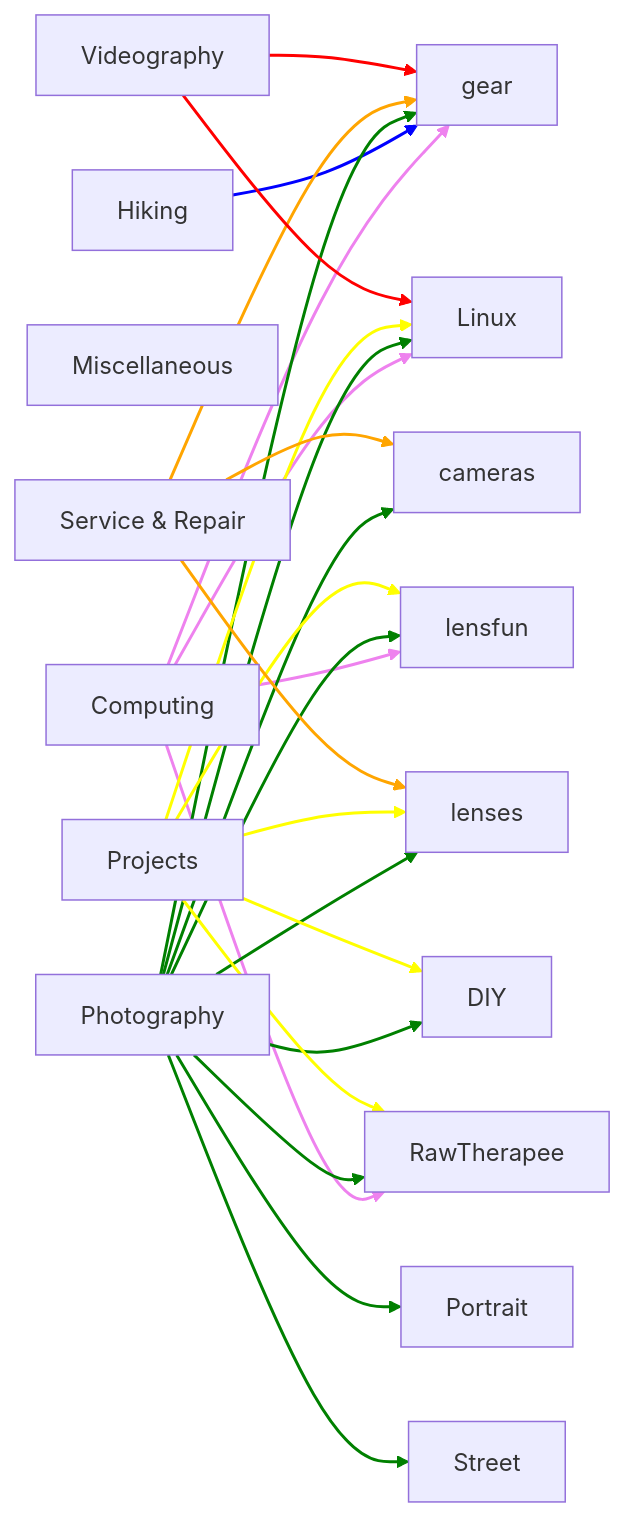
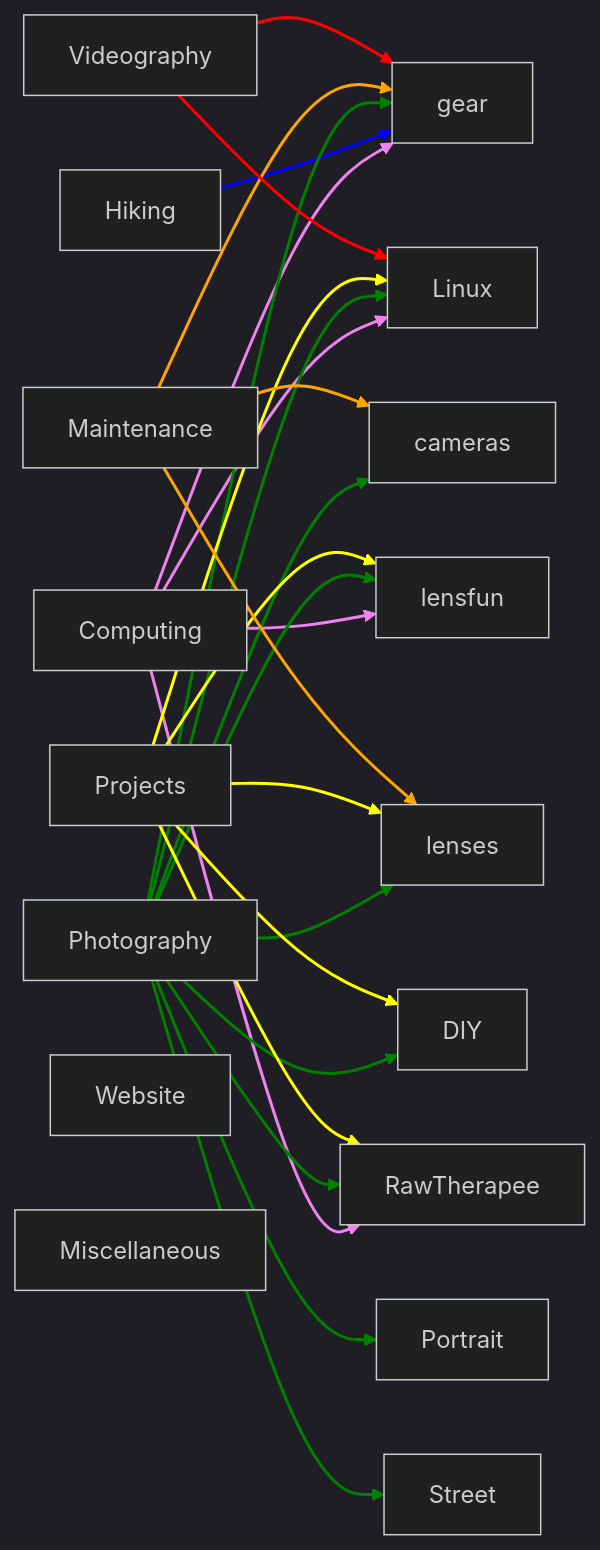
The first of 2 diagrams in post-tree.md (martbetz/martbetz.github.io), drawn with Mermaid before and after one commit. The commit also changed other lines of this file, not shown here.

````diff
--- a/post-tree.md
+++ b/post-tree.md
@@ -7,61 +7,65 @@
 ```mermaid
+
+%%{init: {'theme':'dark'}}%%
 
     graph LR
    
     A["Computing"] --> 4["gear"]
     A["Computing"] --> 5["lensfun"]
     A["Computing"] --> 6["Linux"]
     A["Computing"] --> 9["RawTherapee"]
     
     B["Hiking"] --> 4["gear"]
-    
-    C["Miscellaneous"]
     
     D["Photography"] --> 1["cameras"]
     D["Photography"] --> 2["DIY"]
     D["Photography"] --> 3["lenses"]
     D["Photography"] --> 4["gear"]
     D["Photography"] --> 5["lensfun"]
     D["Photography"] --> 6["Linux"]
     D["Photography"] --> 7["Portrait"]
     D["Photography"] --> 8["Street"]
     D["Photography"] --> 9["RawTherapee"]
     
     E["Projects"] --> 2["DIY"]
     E["Projects"] --> 3["lenses"]
     E["Projects"] --> 5["lensfun"]
     E["Projects"] --> 6["Linux"]
     E["Projects"] --> 9["RawTherapee"]
     
-    F["Service & Repair"] --> 1["cameras"]
-    F["Service & Repair"] --> 3["lenses"]
-    F["Service & Repair"] --> 4["gear"]
+    F["Maintenance"] --> 1["cameras"]
+    F["Maintenance"] --> 3["lenses"]
+    F["Maintenance"] --> 4["gear"]
     
     G["Videography"] --> 4["gear"]
     G["Videography"] --> 6["Linux"]
+    
+    H["Website"]
+    C["Miscellaneous"]
     
     linkStyle 0 stroke-width:2px,fill:none,stroke:violet;
     linkStyle 1 stroke-width:2px,fill:none,stroke:violet;
     linkStyle 2 stroke-width:2px,fill:none,stroke:violet;
     linkStyle 3 stroke-width:2px,fill:none,stroke:violet;
     linkStyle 4 stroke-width:2px,fill:none,stroke:blue;
     linkStyle 5 stroke-width:2px,fill:none,stroke:green;
     linkStyle 6 stroke-width:2px,fill:none,stroke:green;
     linkStyle 7 stroke-width:2px,fill:none,stroke:green;
     linkStyle 8 stroke-width:2px,fill:none,stroke:green;
     linkStyle 9 stroke-width:2px,fill:none,stroke:green;
     linkStyle 10 stroke-width:2px,fill:none,stroke:green;
     linkStyle 11 stroke-width:2px,fill:none,stroke:green;
     linkStyle 12 stroke-width:2px,fill:none,stroke:green;
     linkStyle 13 stroke-width:2px,fill:none,stroke:green;
     linkStyle 14 stroke-width:2px,fill:none,stroke:yellow;
     linkStyle 15 stroke-width:2px,fill:none,stroke:yellow;
     linkStyle 16 stroke-width:2px,fill:none,stroke:yellow;
     linkStyle 17 stroke-width:2px,fill:none,stroke:yellow;
     linkStyle 18 stroke-width:2px,fill:none,stroke:yellow;
     linkStyle 19 stroke-width:2px,fill:none,stroke:orange;
     linkStyle 20 stroke-width:2px,fill:none,stroke:orange;
     linkStyle 21 stroke-width:2px,fill:none,stroke:orange;
     linkStyle 22 stroke-width:2px,fill:none,stroke:red;
-    linkStyle 23 stroke-width:2px,fill:none,stroke:red; 
+    linkStyle 23 stroke-width:2px,fill:none,stroke:red;
+    
 ```
````
